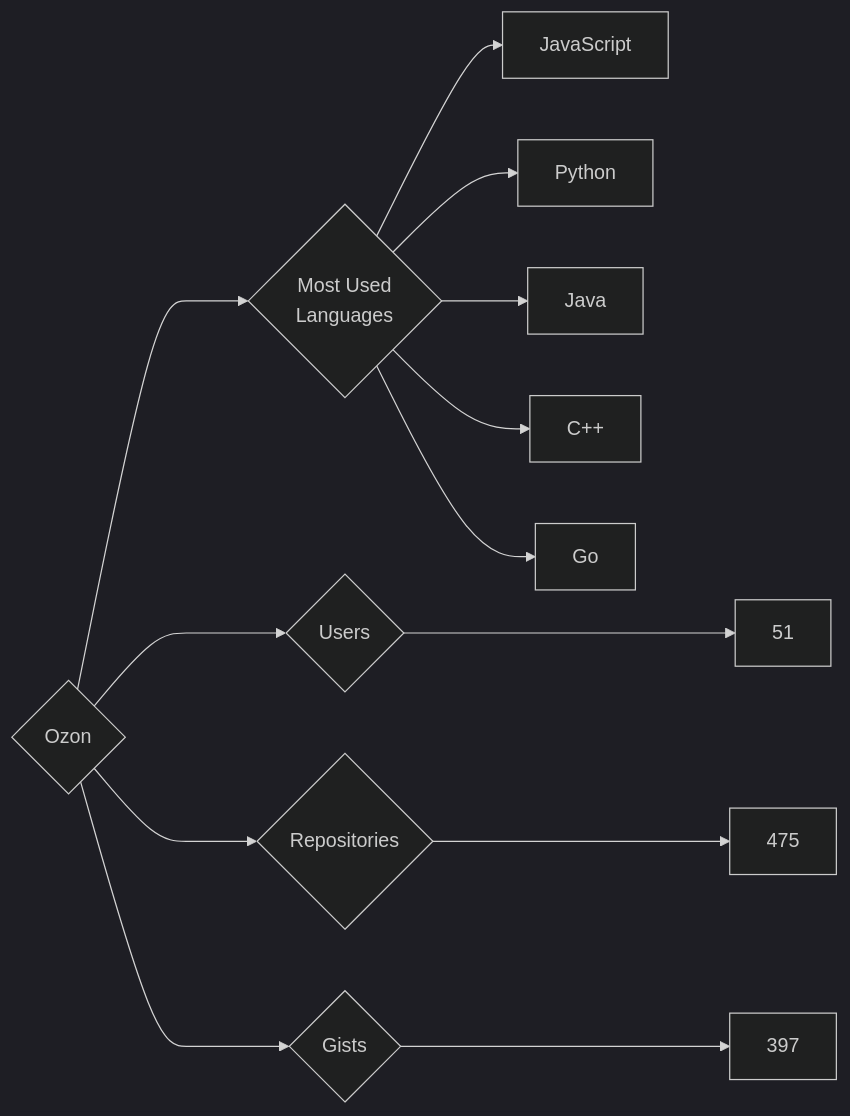
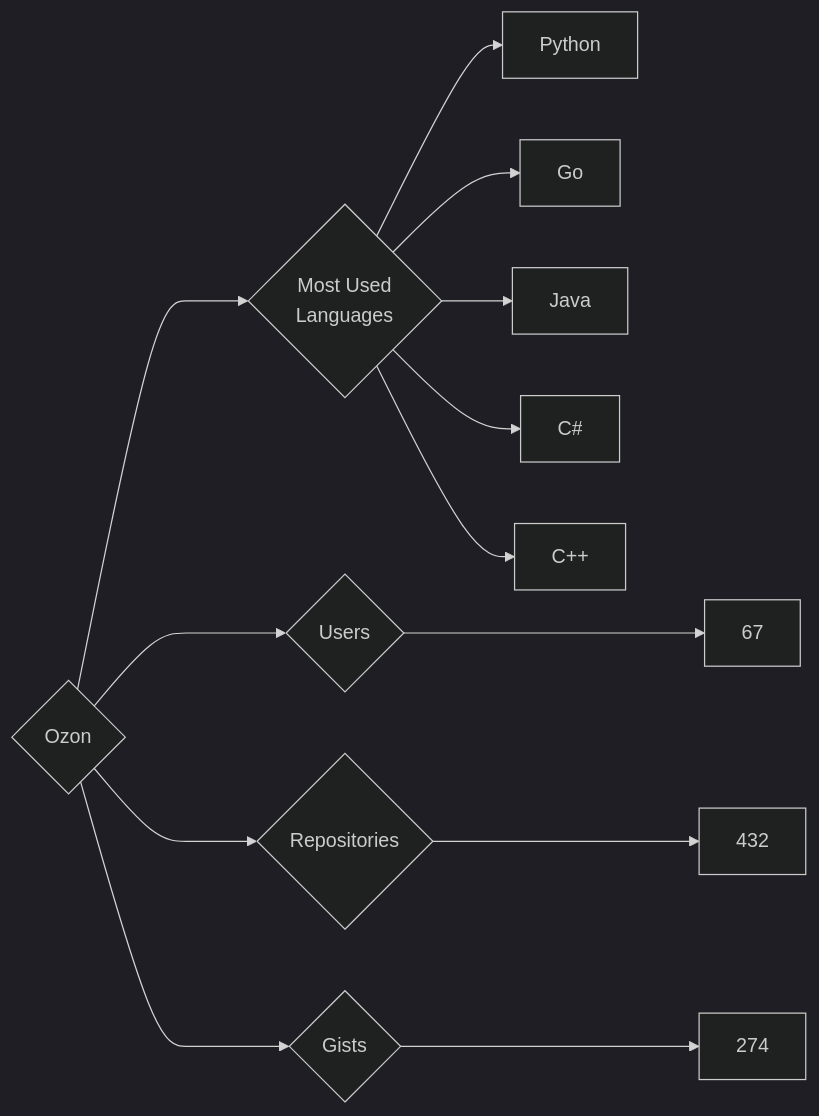
Before and after one commit to trickest/insiders: the diagram in targets/Ozon/README.md, drawn with Mermaid (dark theme). The commit also changed 877 other files, not shown here.

````diff
--- a/targets/Ozon/README.md
+++ b/targets/Ozon/README.md
@@ -3,13 +3,13 @@
 ```mermaid
 graph LR
 COMPANY_NAME{Ozon}
-COMPANY_NAME ---> U{Users} ---> UN[51]
-COMPANY_NAME ---> R{Repositories} ---> RN[475]
-COMPANY_NAME ---> G{Gists} ---> GN[397]
+COMPANY_NAME ---> U{Users} ---> UN[67]
+COMPANY_NAME ---> R{Repositories} ---> RN[432]
+COMPANY_NAME ---> G{Gists} ---> GN[274]
 COMPANY_NAME ---> ML{Most Used<br>Languages}
-ML --> JavaScript[JavaScript]
 ML --> Python[Python]
+ML --> Go[Go]
 ML --> Java[Java]
+ML --> C#[C#]
 ML --> C++[C++]
-ML --> Go[Go]
 ```
````
